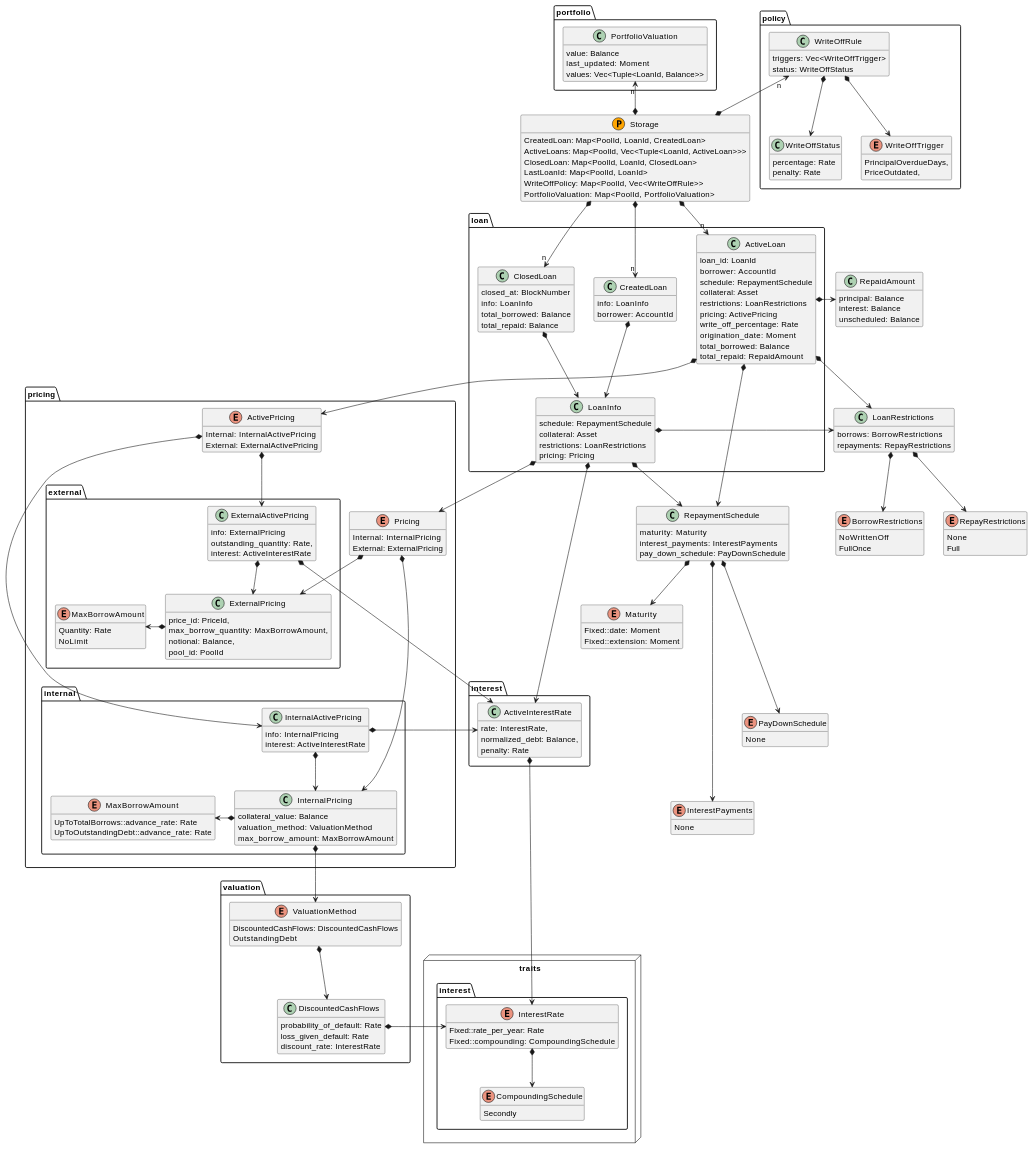
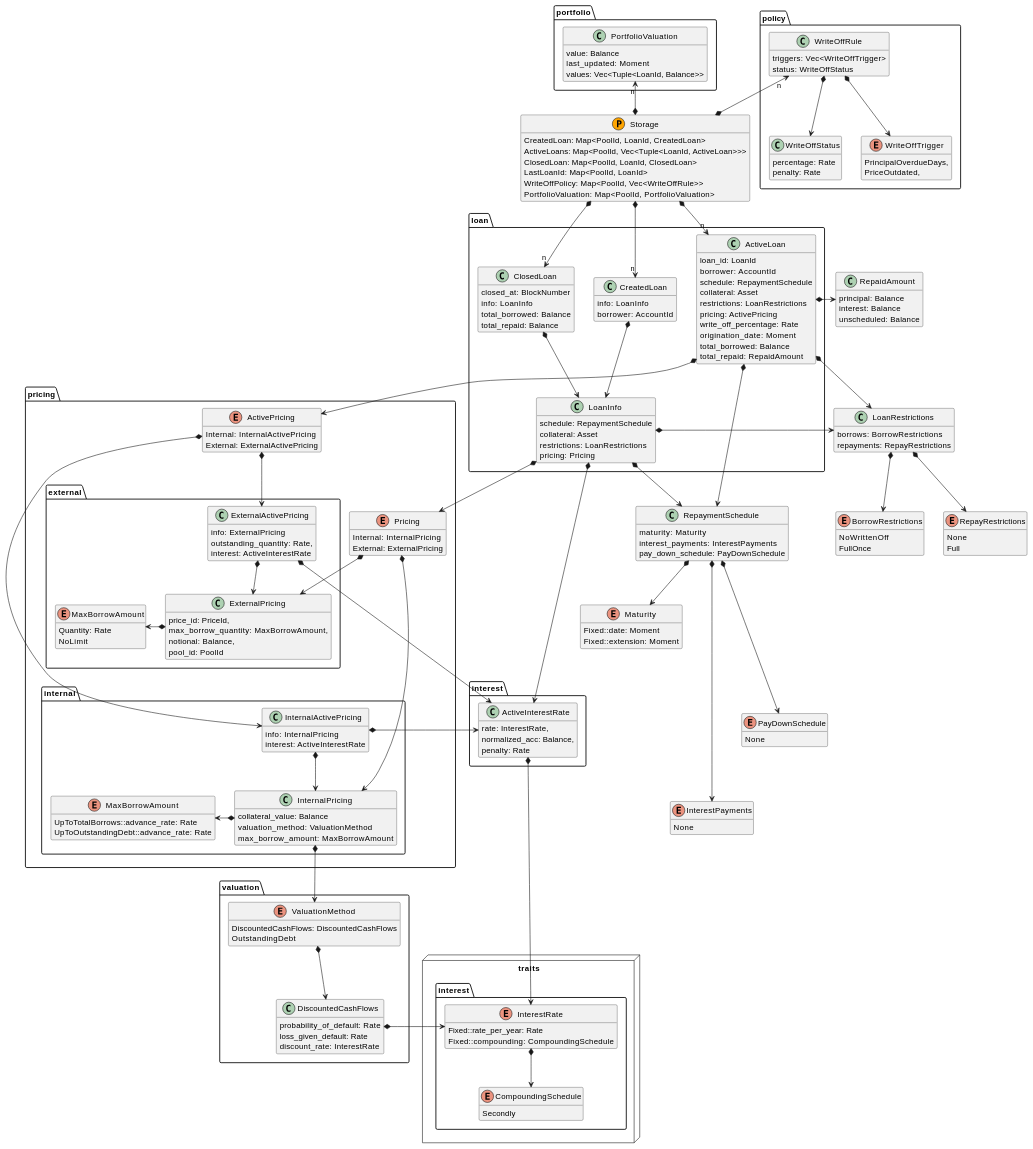
Before and after one commit to centrifuge/centrifuge-chain: the diagram in pallets/loans/docs/types.md, drawn with PlantUML.

Commit message:
minor diagram fix

```diff
--- a/pallets/loans/docs/types.md
+++ b/pallets/loans/docs/types.md
@@ -114,7 +114,7 @@
 package interest {
     class ActiveInterestRate {
         rate: InterestRate,
-        normalized_debt: Balance,
+        normalized_acc: Balance,
         penalty: Rate
     }
 
```
